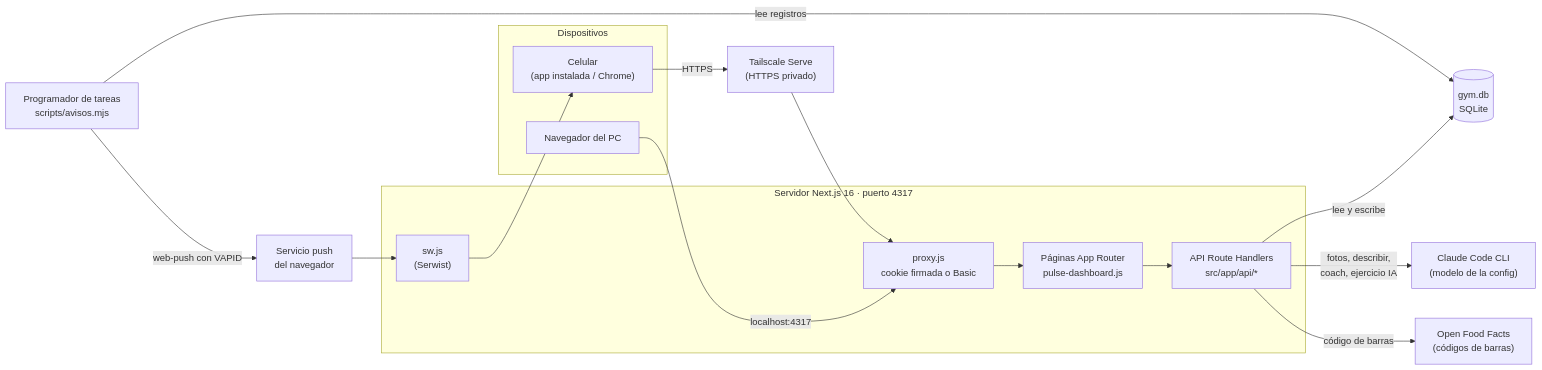
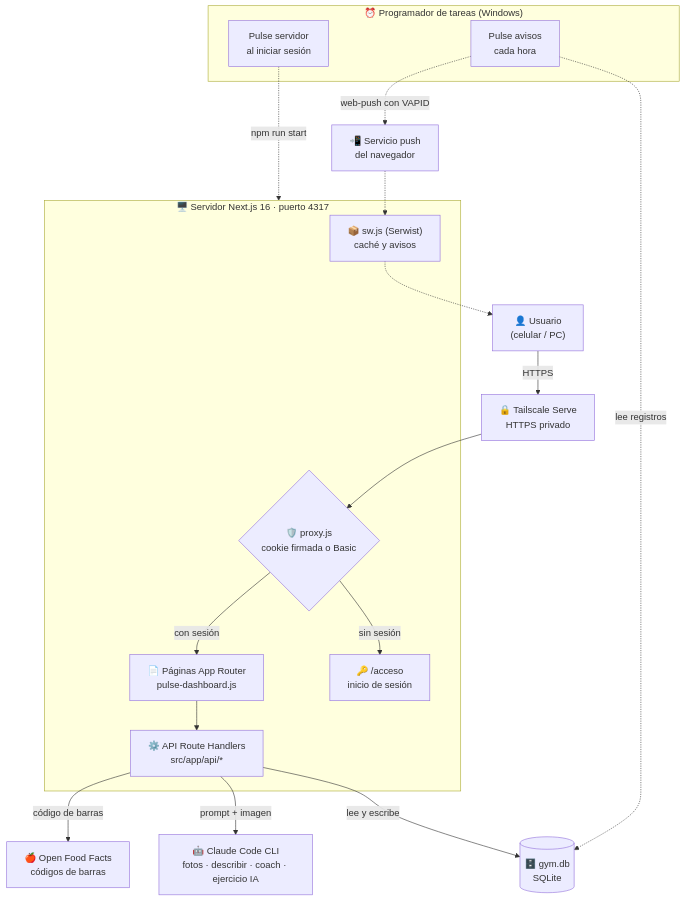
The first of 6 diagrams in ARQUITECTURA.md (francoogb/pulse-gym), drawn with Mermaid before and after one commit. The commit also changed 1 other file, not shown here.

Commit message:
Actualiza el diagrama de arquitectura al estilo de flujo vertical
Diagrama de arriba hacia abajo con íconos, decisión de acceso,
programador de tareas con las dos tareas reales y líneas punteadas
para los procesos en segundo plano.

````diff
--- a/ARQUITECTURA.md
+++ b/ARQUITECTURA.md
@@ -9,31 +9,34 @@
 ```mermaid
-flowchart LR
-    subgraph Dispositivos
-        CEL["Celular<br/>(app instalada / Chrome)"]
-        PC["Navegador del PC"]
+flowchart TD
+    U["👤 Usuario<br/>(celular / PC)"]
+    TS["🔒 Tailscale Serve<br/>HTTPS privado"]
+    U -->|HTTPS| TS
+
+    subgraph SRV["🖥️ Servidor Next.js 16 · puerto 4317"]
+        PX{"🛡️ proxy.js<br/>cookie firmada o Basic"}
+        LOGIN["🔑 /acceso<br/>inicio de sesión"]
+        PG["📄 Páginas App Router<br/>pulse-dashboard.js"]
+        API["⚙️ API Route Handlers<br/>src/app/api/*"]
+        SW["📦 sw.js (Serwist)<br/>caché y avisos"]
     end
+    TS --> PX
+    PX -->|sin sesión| LOGIN
+    PX -->|con sesión| PG --> API
 
-    TS["Tailscale Serve<br/>(HTTPS privado)"]
+    DB[("🗄️ gym.db<br/>SQLite")]
+    CLI["🤖 Claude Code CLI<br/>fotos · describir · coach · ejercicio IA"]
+    OFF["🍎 Open Food Facts<br/>códigos de barras"]
+    API -->|lee y escribe| DB
+    API -->|prompt + imagen| CLI
+    API -->|código de barras| OFF
 
-    subgraph Servidor["Servidor Next.js 16 · puerto 4317"]
-        PROXY["proxy.js<br/>cookie firmada o Basic"]
-        PAGINAS["Páginas App Router<br/>pulse-dashboard.js"]
-        API["API Route Handlers<br/>src/app/api/*"]
-        SW["sw.js<br/>(Serwist)"]
+    subgraph TAREAS["⏰ Programador de tareas (Windows)"]
+        T1["Pulse servidor<br/>al iniciar sesión"]
+        T2["Pulse avisos<br/>cada hora"]
     end
-
-    DB[("gym.db<br/>SQLite")]
-    CLAUDE["Claude Code CLI<br/>(modelo de la config)"]
-    OFF["Open Food Facts<br/>(códigos de barras)"]
-    PUSHSRV["Servicio push<br/>del navegador"]
-    TAREA["Programador de tareas<br/>scripts/avisos.mjs"]
-
-    CEL -->|HTTPS| TS --> PROXY
-    PC -->|localhost:4317| PROXY
-    PROXY --> PAGINAS --> API
-    API -->|lee y escribe| DB
-    API -->|fotos, describir,<br/>coach, ejercicio IA| CLAUDE
-    API -->|código de barras| OFF
-    TAREA -->|lee registros| DB
-    TAREA -->|web-push con VAPID| PUSHSRV --> SW --> CEL
+    T1 -.->|npm run start| SRV
+    T2 -.->|lee registros| DB
+    T2 -.->|web-push con VAPID| PUSH["📲 Servicio push<br/>del navegador"]
+    PUSH -.-> SW
+    SW -.-> U
 ```
````
